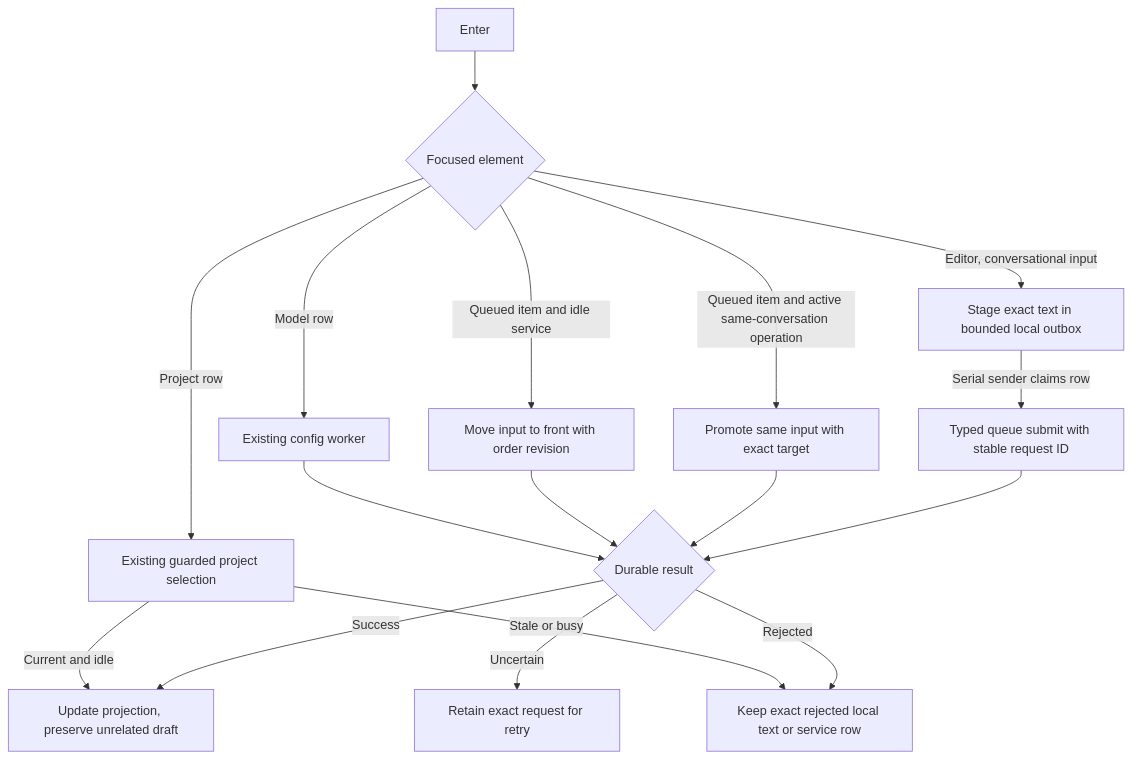
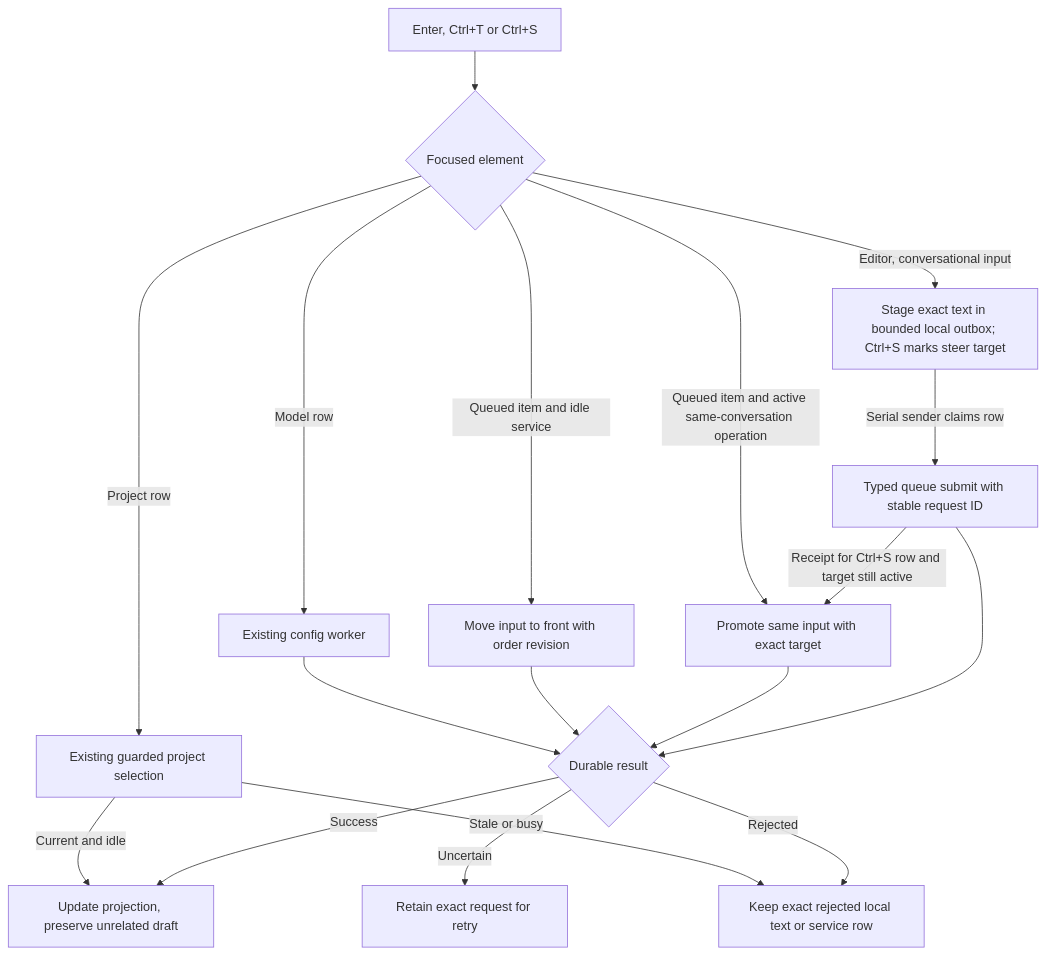
The second of 3 diagrams in docs/designs/composer-interactions.md (pidster/asura), drawn with Mermaid before and after one commit. The commit also changed other lines of this file and 107 other files, not shown here.

````diff
--- a/docs/designs/composer-interactions.md
+++ b/docs/designs/composer-interactions.md
@@ -192,19 +201,20 @@
 ```mermaid
 flowchart TD
-  Key[Enter] --> Focus{Focused element}
-  Focus -->|Editor, conversational input| Stage[Stage exact text in bounded local outbox]
+  Key[Enter, Ctrl+T or Ctrl+S] --> Focus{Focused element}
+  Focus -->|Editor, conversational input| Stage[Stage exact text in bounded local outbox; Ctrl+S marks steer target]
   Stage -->|Serial sender claims row| Enqueue[Typed queue submit with stable request ID]
+  Enqueue -->|Receipt for Ctrl+S row and target still active| Promote
   Focus -->|Queued item and active same-conversation operation| Promote[Promote same input with exact target]
   Focus -->|Queued item and idle service| Reorder[Move input to front with order revision]
   Focus -->|Model row| Config[Existing config worker]
   Focus -->|Project row| Project[Existing guarded project selection]
   Enqueue --> Result{Durable result}
   Promote --> Result
   Reorder --> Result
   Config --> Result
   Result -->|Success| Apply[Update projection, preserve unrelated draft]
   Result -->|Rejected| Retain[Keep exact rejected local text or service row]
   Result -->|Uncertain| Retry[Retain exact request for retry]
   Project -->|Current and idle| Apply
   Project -->|Stale or busy| Retain
 ```
````
